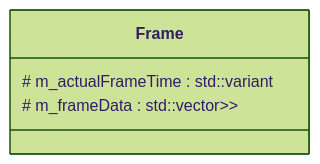
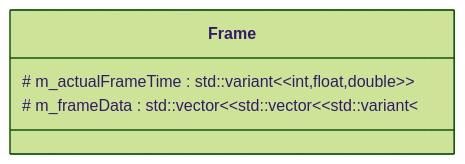
The diagram in Design.md (NCCA/ase-assignment-jmacey-1), drawn with Mermaid (forest theme) before and after one commit.

Commit message:
updated Design

````diff
--- a/Design.md
+++ b/Design.md
@@ -25,8 +25,8 @@
 ```mermaid
 classDiagram
 
     class Frame{
-            # m_actualFrameTime : std::variant<int,float,double> 
-            # m_frameData : std::vector<std::vector<std::variant<int,float,double>>>
+            # m_actualFrameTime : std::variant&lt;&lt;int,float,double&gt;&gt;
+            # m_frameData : std::vector&lt;&ltstd::vector&lt;&lt;std::variant<<int,float,double&gt;&gt;&gt;&gt;
         }
 ```
````
